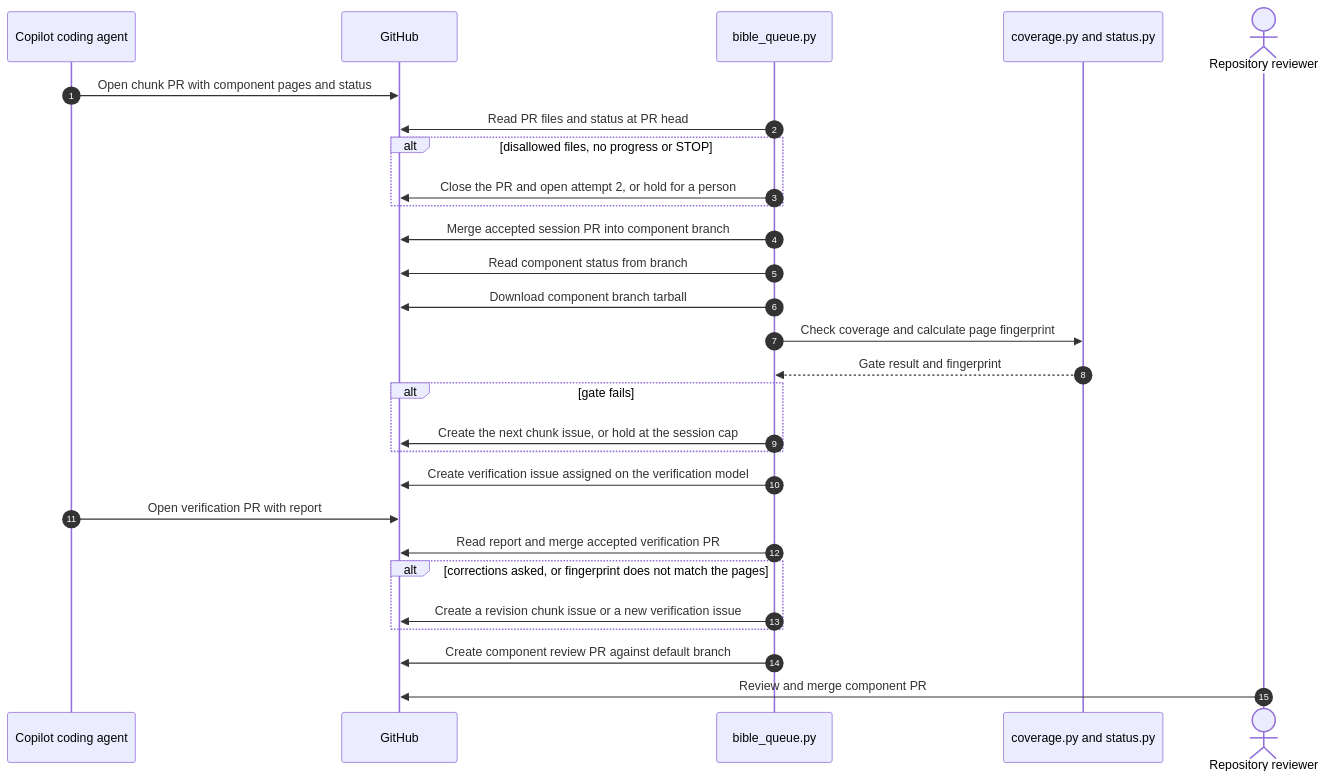
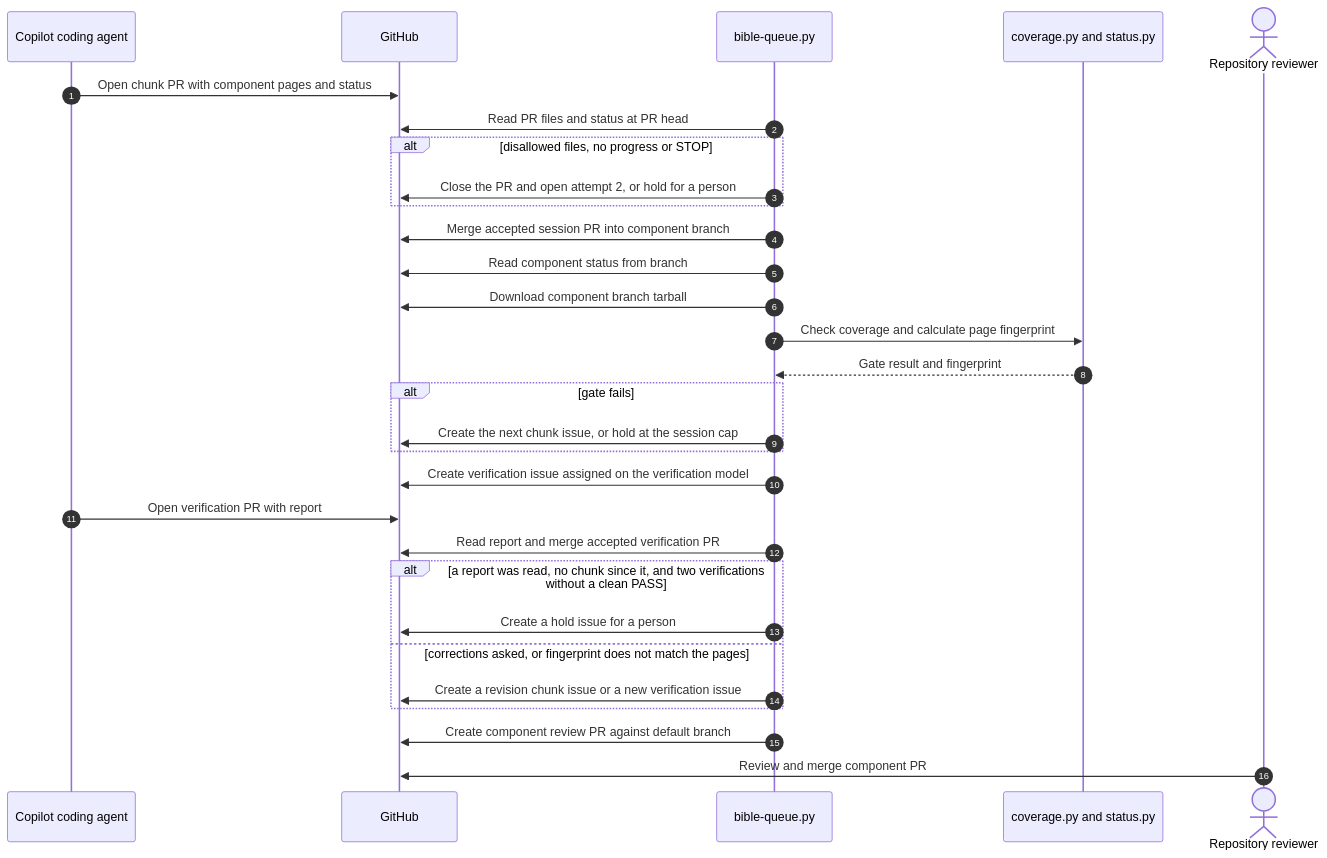
One commit to vishalc412/bible-mode-b-test changed the third of 10 diagrams in codebase-analysis/hld/05-key-flows.md. Above: the diagram before and after it, drawn with Mermaid. The commit also changed other lines of this file and 38 other files, not shown here.

````diff
--- a/codebase-analysis/hld/05-key-flows.md
+++ b/codebase-analysis/hld/05-key-flows.md
@@ -120,30 +125,32 @@
 ```mermaid
 sequenceDiagram
   autonumber
   participant Agent as Copilot coding agent
   participant API as GitHub
-  participant Queue as bible_queue.py
+  participant Queue as bible-queue.py
   participant Gate as coverage.py and status.py
   actor Reviewer as Repository reviewer
   Agent->>API: Open chunk PR with component pages and status
   Queue->>API: Read PR files and status at PR head
   alt disallowed files, no progress or STOP
     Queue->>API: Close the PR and open attempt 2, or hold for a person
   end
   Queue->>API: Merge accepted session PR into component branch
   Queue->>API: Read component status from branch
   Queue->>API: Download component branch tarball
   Queue->>Gate: Check coverage and calculate page fingerprint
   Gate-->>Queue: Gate result and fingerprint
   alt gate fails
     Queue->>API: Create the next chunk issue, or hold at the session cap
   end
   Queue->>API: Create verification issue assigned on the verification model
   Agent->>API: Open verification PR with report
   Queue->>API: Read report and merge accepted verification PR
-  alt corrections asked, or fingerprint does not match the pages
+  alt a report was read, no chunk since it, and two verifications without a clean PASS
+    Queue->>API: Create a hold issue for a person
+  else corrections asked, or fingerprint does not match the pages
     Queue->>API: Create a revision chunk issue or a new verification issue
   end
   Queue->>API: Create component review PR against default branch
   Reviewer->>API: Review and merge component PR
 ```
````
